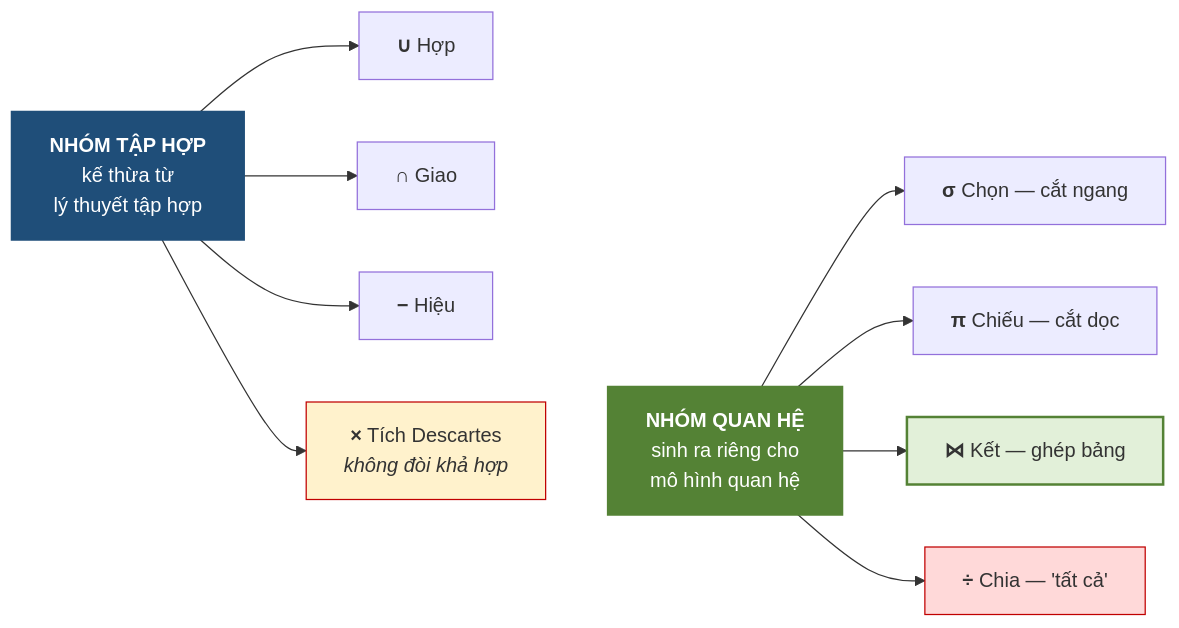
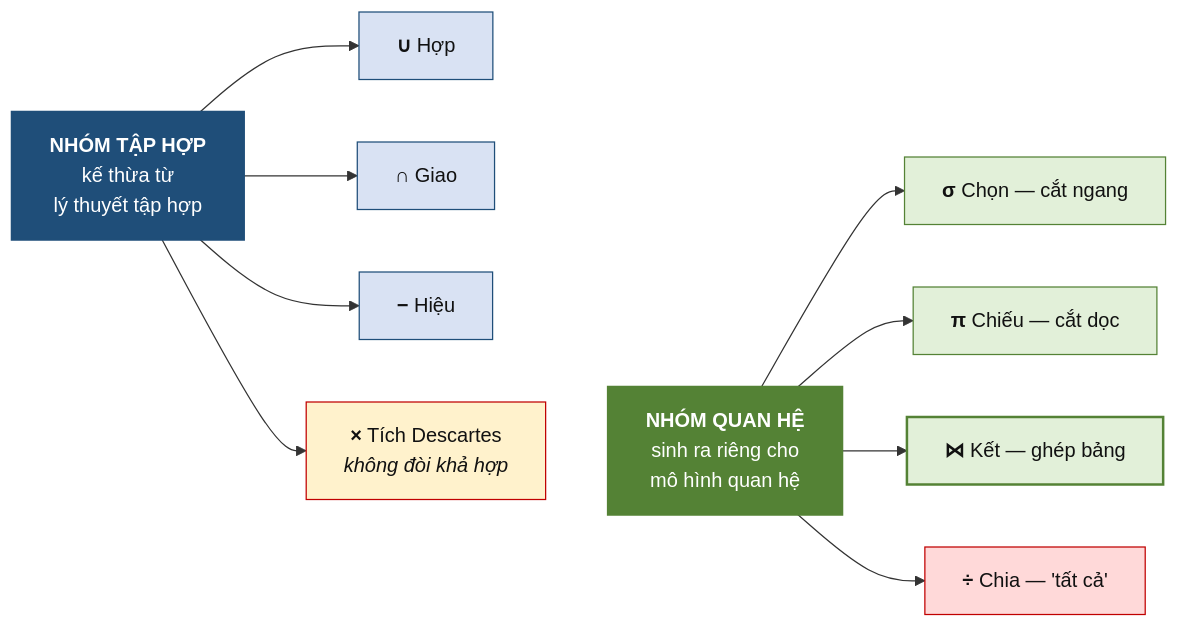
Before and after one commit to CuongNguyenDAU/csdl-dbs201: the third of 3 diagrams in docs/chuong-3/3-7-phep-ket-va-phep-chia.md, drawn with Mermaid. The commit also changed other lines of this file and 123 other files, not shown here.

Commit message:
Cập nhật bài giảng v7: sơ đồ ER ký pháp Chen, hình minh họa tự vẽ, mở rộng toàn diện Chương 5 và bổ sung lời giải A4, B5

````diff
--- a/docs/chuong-3/3-7-phep-ket-va-phep-chia.md
+++ b/docs/chuong-3/3-7-phep-ket-va-phep-chia.md
@@ -260,17 +256,22 @@
 ```mermaid
 flowchart LR
     TH["<b>NHÓM TẬP HỢP</b><br/>kế thừa từ<br/>lý thuyết tập hợp"] --> T1["<b>∪</b> Hợp"]
     TH --> T2["<b>∩</b> Giao"]
     TH --> T3["<b>−</b> Hiệu"]
     TH --> T4["<b>×</b> Tích Descartes<br/><i>không đòi khả hợp</i>"]
     QH["<b>NHÓM QUAN HỆ</b><br/>sinh ra riêng cho<br/>mô hình quan hệ"] --> Q1["<b>σ</b> Chọn — cắt ngang"]
     QH --> Q2["<b>π</b> Chiếu — cắt dọc"]
     QH --> Q3["<b>⋈</b> Kết — ghép bảng"]
     QH --> Q4["<b>÷</b> Chia — 'tất cả'"]
     T4 ~~~ QH
-    style TH fill:#1F4E79,color:#fff,stroke:#1F4E79,stroke-width:2px
-    style QH fill:#548235,color:#fff,stroke:#548235,stroke-width:2px
-    style T4 fill:#FFF2CC,stroke:#C00000
-    style Q3 fill:#E2F0D9,stroke:#548235,stroke-width:2px
-    style Q4 fill:#FFD9D9,stroke:#C00000
+    style TH fill:#1F4E79,color:#ffffff,stroke:#1F4E79,stroke-width:2px
+    style QH fill:#548235,color:#ffffff,stroke:#548235,stroke-width:2px
+    style T1 fill:#D9E2F3,stroke:#1F4E79,color:#111111
+    style T2 fill:#D9E2F3,stroke:#1F4E79,color:#111111
+    style T3 fill:#D9E2F3,stroke:#1F4E79,color:#111111
+    style T4 fill:#FFF2CC,stroke:#C00000,color:#111111
+    style Q1 fill:#E2F0D9,stroke:#548235,color:#111111
+    style Q2 fill:#E2F0D9,stroke:#548235,color:#111111
+    style Q3 fill:#E2F0D9,stroke:#548235,stroke-width:2px,color:#111111
+    style Q4 fill:#FFD9D9,stroke:#C00000,color:#111111
 ```
````
